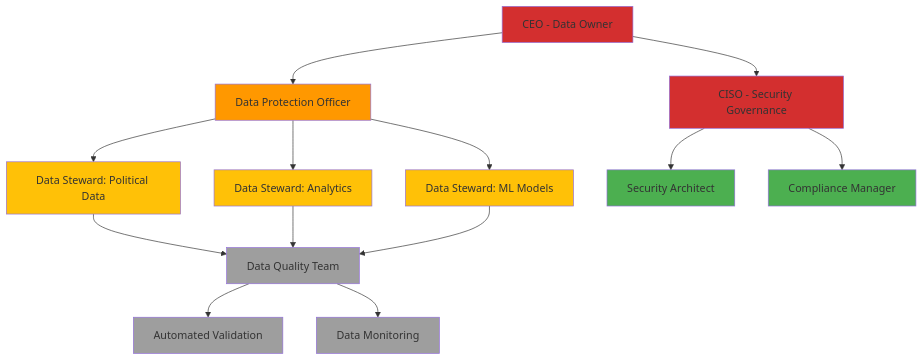
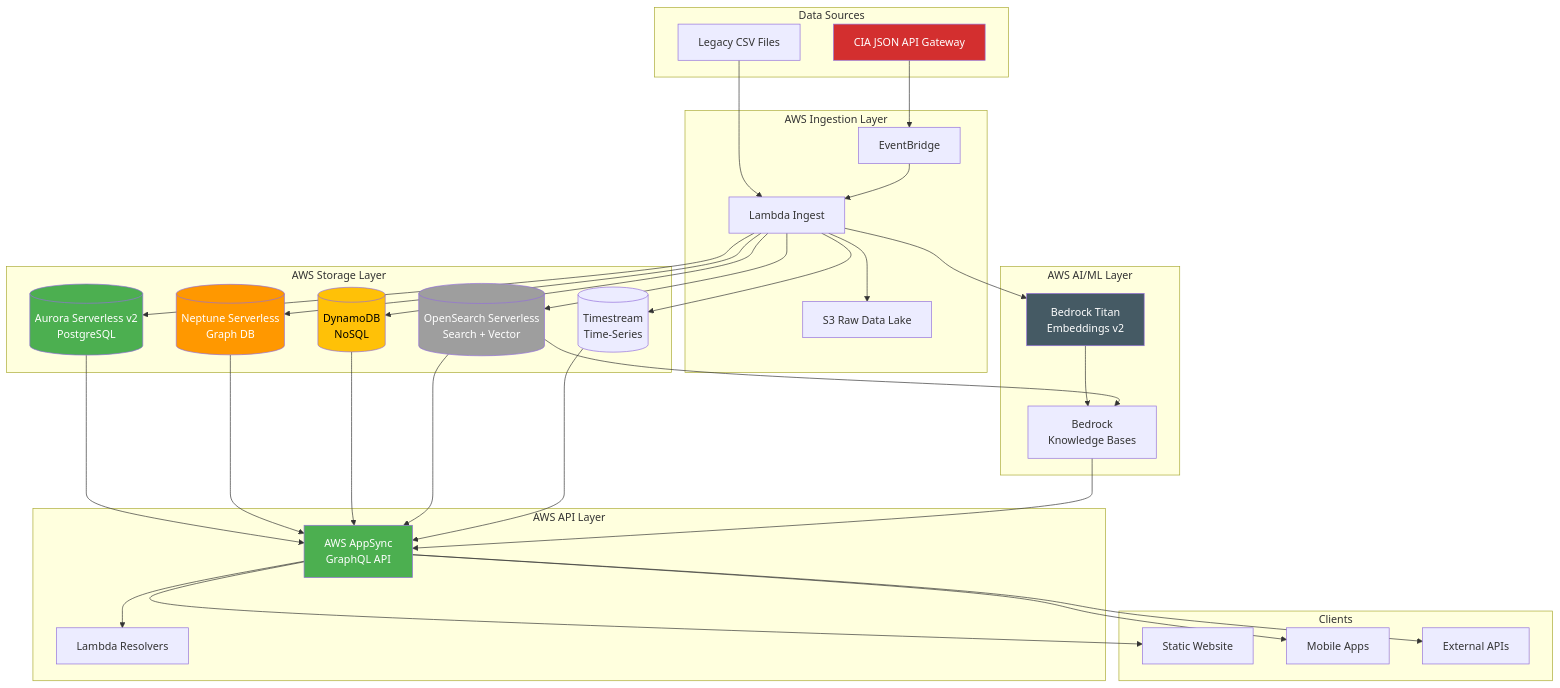
One commit to Hack23/riksdagsmonitor changed the second of 8 diagrams in FUTURE_DATA_MODEL.md. Above: the diagram before and after it, drawn with Mermaid. The commit also changed other lines of this file, not shown here.

Commit message:
docs: Rewrite FUTURE_DATA_MODEL.md v1.0 - concise AWS serverless (1,609 lines)

````diff
--- a/FUTURE_DATA_MODEL.md
+++ b/FUTURE_DATA_MODEL.md
@@ -3053,31 +1079,71 @@
 ```mermaid
 graph TB
-    CEO[CEO - Data Owner] --> DPO[Data Protection Officer]
-    CEO --> CISO[CISO - Security Governance]
+    subgraph "Data Sources"
+        CIA[CIA JSON API Gateway]
+        CSV[Legacy CSV Files]
+    end
     
-    DPO --> DS_POLITICAL[Data Steward: Political Data]
-    DPO --> DS_ANALYTICS[Data Steward: Analytics]
-    DPO --> DS_ML[Data Steward: ML Models]
+    subgraph "AWS Ingestion Layer"
+        EB[EventBridge]
+        Lambda1[Lambda Ingest]
+        S3[S3 Raw Data Lake]
+    end
     
-    CISO --> SA[Security Architect]
-    CISO --> COMPLIANCE[Compliance Manager]
+    subgraph "AWS Storage Layer"
+        Aurora[(Aurora Serverless v2<br/>PostgreSQL)]
+        Neptune[(Neptune Serverless<br/>Graph DB)]
+        DynamoDB[(DynamoDB<br/>NoSQL)]
+        OpenSearch[(OpenSearch Serverless<br/>Search + Vector)]
+        Timestream[(Timestream<br/>Time-Series)]
+    end
     
-    DS_POLITICAL --> QUALITY[Data Quality Team]
-    DS_ANALYTICS --> QUALITY
-    DS_ML --> QUALITY
+    subgraph "AWS AI/ML Layer"
+        Bedrock[Bedrock Titan<br/>Embeddings v2]
+        BedrockKB[Bedrock<br/>Knowledge Bases]
+    end
     
-    QUALITY --> VALIDATION[Automated Validation]
-    QUALITY --> MONITORING[Data Monitoring]
+    subgraph "AWS API Layer"
+        AppSync[AWS AppSync<br/>GraphQL API]
+        Lambda2[Lambda Resolvers]
+    end
     
-    style CEO fill:#D32F2F
-    style DPO fill:#FF9800
-    style CISO fill:#D32F2F
-    style DS_POLITICAL fill:#FFC107
-    style DS_ANALYTICS fill:#FFC107
-    style DS_ML fill:#FFC107
-    style SA fill:#4CAF50
-    style COMPLIANCE fill:#4CAF50
-    style QUALITY fill:#9E9E9E
-    style VALIDATION fill:#9E9E9E
-    style MONITORING fill:#9E9E9E
+    subgraph "Clients"
+        Web[Static Website]
+        Mobile[Mobile Apps]
+        API[External APIs]
+    end
+    
+    CIA --> EB
+    CSV --> Lambda1
+    EB --> Lambda1
+    Lambda1 --> S3
+    Lambda1 --> Aurora
+    Lambda1 --> Neptune
+    Lambda1 --> DynamoDB
+    Lambda1 --> OpenSearch
+    Lambda1 --> Timestream
+    Lambda1 --> Bedrock
+    
+    Aurora --> AppSync
+    Neptune --> AppSync
+    DynamoDB --> AppSync
+    OpenSearch --> AppSync
+    Timestream --> AppSync
+    
+    Bedrock --> BedrockKB
+    OpenSearch --> BedrockKB
+    BedrockKB --> AppSync
+    
+    AppSync --> Lambda2
+    AppSync --> Web
+    AppSync --> Mobile
+    AppSync --> API
+    
+    style CIA fill:#D32F2F,color:#fff
+    style Aurora fill:#4CAF50,color:#fff
+    style Neptune fill:#FF9800,color:#fff
+    style DynamoDB fill:#FFC107,color:#000
+    style OpenSearch fill:#9E9E9E,color:#fff
+    style Bedrock fill:#455A64,color:#fff
+    style AppSync fill:#4CAF50,color:#fff
 ```
````
